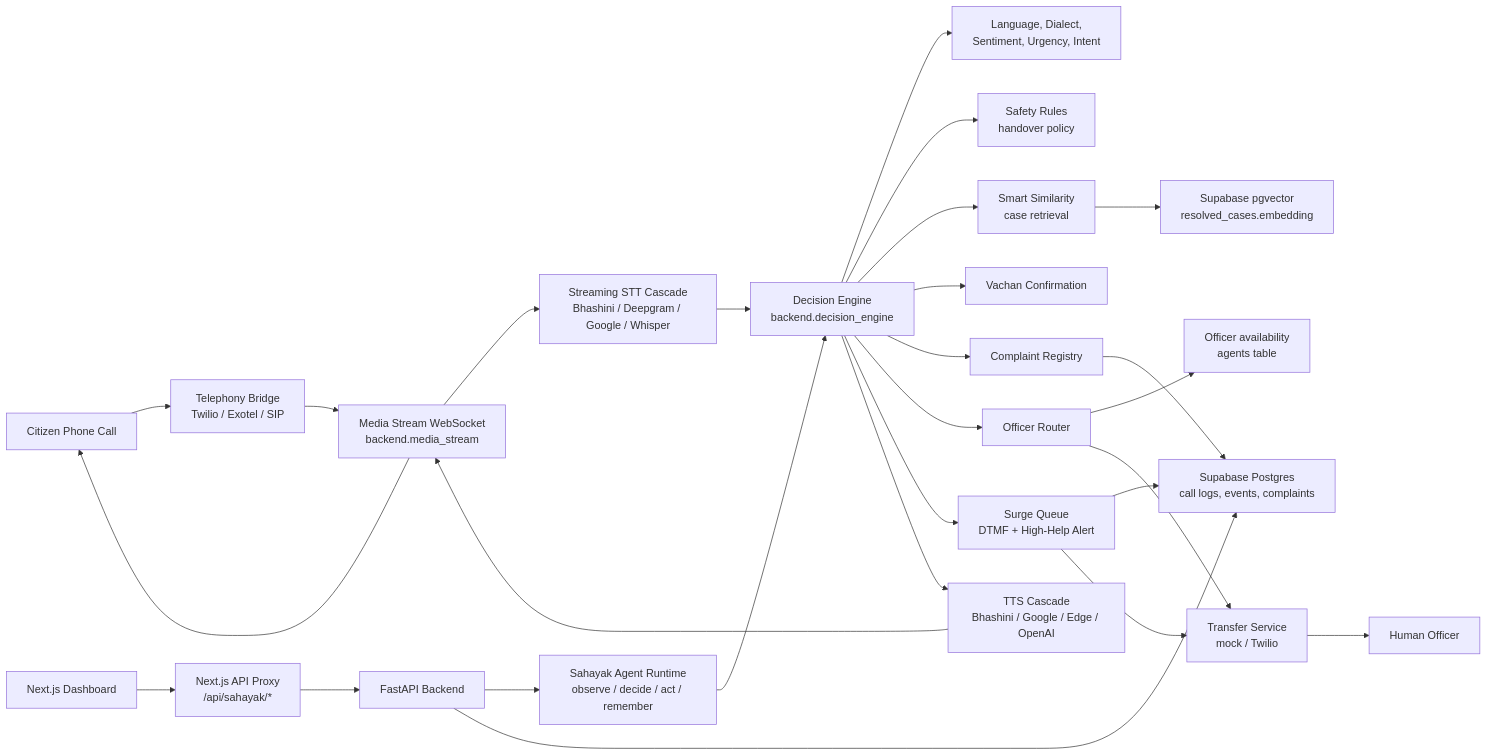
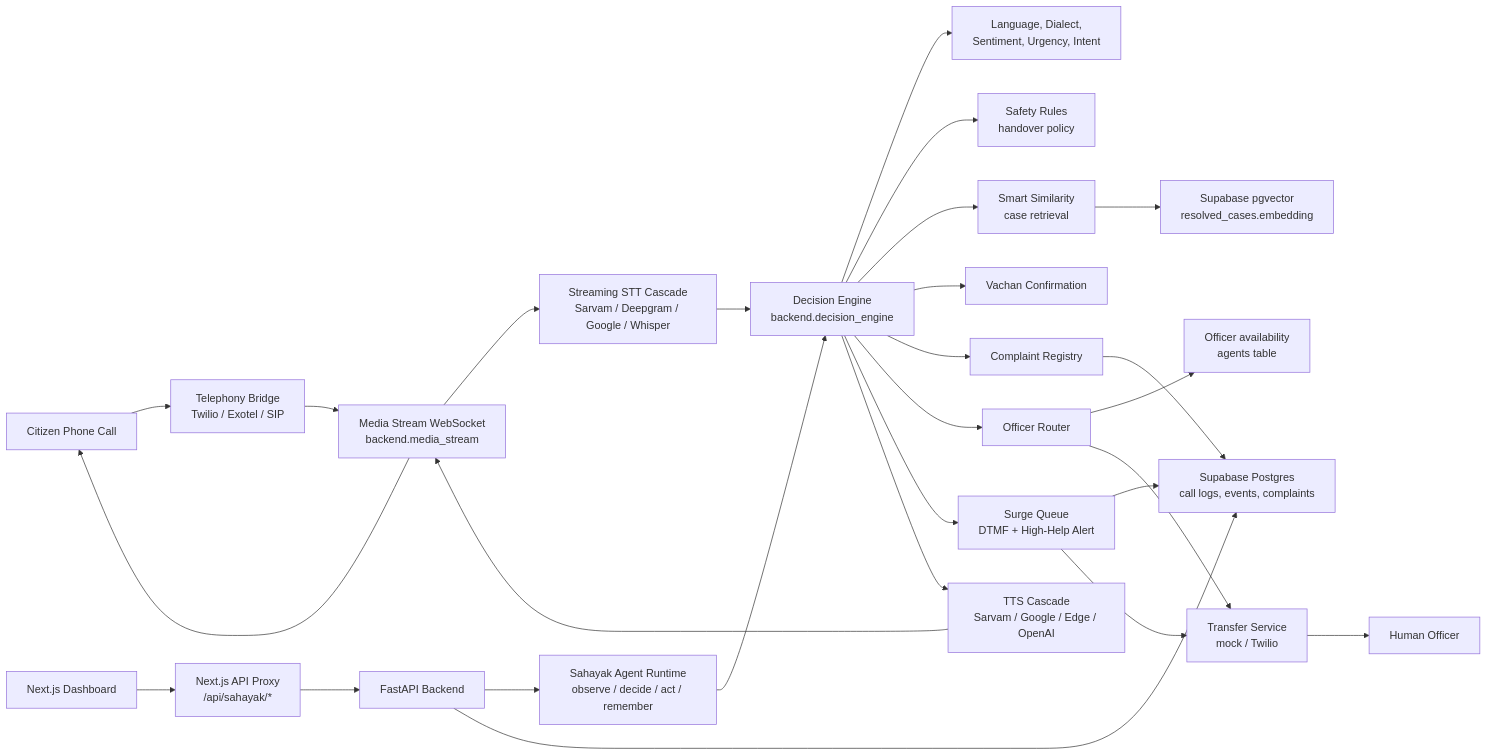
One commit to riyaz-02/Sahayak-1092 changed the second of 5 diagrams in README.md. Above: the diagram before and after it, drawn with Mermaid. The commit also changed other lines of this file and 22 other files, not shown here.

````diff
--- a/README.md
+++ b/README.md
@@ -96,35 +96,35 @@
 ```mermaid
 flowchart LR
     Citizen["Citizen Phone Call"] --> Bridge["Telephony Bridge<br/>Twilio / Exotel / SIP"]
     Bridge --> Media["Media Stream WebSocket<br/>backend.media_stream"]
 
-    Media --> STT["Streaming STT Cascade<br/>Bhashini / Deepgram / Google / Whisper"]
+    Media --> STT["Streaming STT Cascade<br/>Sarvam / Deepgram / Google / Whisper"]
     STT --> Engine["Decision Engine<br/>backend.decision_engine"]
 
     Engine --> Analyzer["Language, Dialect,<br/>Sentiment, Urgency, Intent"]
     Engine --> Rules["Safety Rules<br/>handover policy"]
     Engine --> Similarity["Smart Similarity<br/>case retrieval"]
     Engine --> Vachan["Vachan Confirmation"]
     Engine --> Registry["Complaint Registry"]
     Engine --> Router["Officer Router"]
     Engine --> Queue["Surge Queue<br/>DTMF + High-Help Alert"]
 
     Similarity --> VectorDB["Supabase pgvector<br/>resolved_cases.embedding"]
     Registry --> Supabase["Supabase Postgres<br/>call logs, events, complaints"]
     Queue --> Supabase
     Router --> Agents["Officer availability<br/>agents table"]
 
     Router --> Transfer["Transfer Service<br/>mock / Twilio"]
     Queue --> Transfer
     Transfer --> Officer["Human Officer"]
 
-    Engine --> TTS["TTS Cascade<br/>Bhashini / Google / Edge / OpenAI"]
+    Engine --> TTS["TTS Cascade<br/>Sarvam / Google / Edge / OpenAI"]
     TTS --> Media
     Media --> Citizen
 
     Dashboard["Next.js Dashboard"] --> Proxy["Next.js API Proxy<br/>/api/sahayak/*"]
     Proxy --> API["FastAPI Backend"]
     API --> Agent["Sahayak Agent Runtime<br/>observe / decide / act / remember"]
     Agent --> Engine
     API --> Supabase
 ```
````
